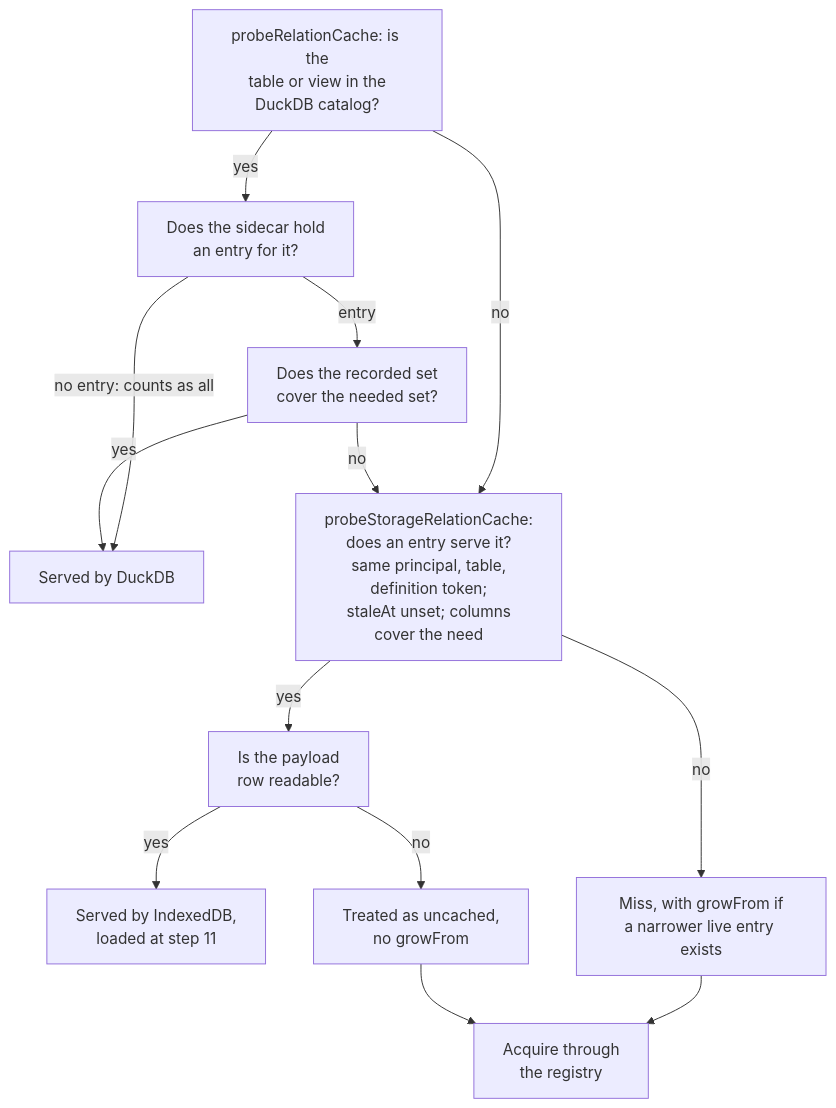
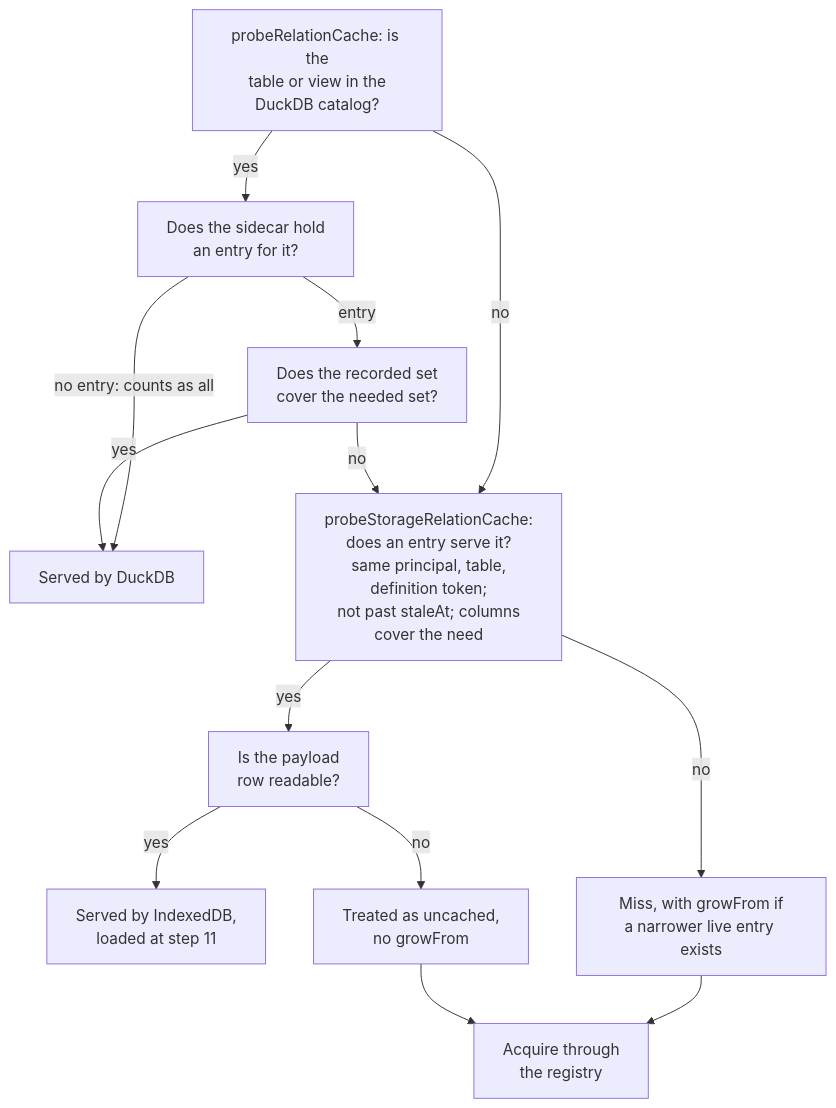
One commit to AvandarLabs/avandar changed the second of 5 diagrams in docs/qetl-architecture.md. Above: the diagram before and after it, drawn with Mermaid. The commit also changed other lines of this file and 41 other files, not shown here.

````diff
--- a/docs/qetl-architecture.md
+++ b/docs/qetl-architecture.md
@@ -188,25 +188,25 @@
 ```mermaid
 flowchart TD
   A["probeRelationCache: is the<br/>table or view in the<br/>DuckDB catalog?"]
   B["Does the sidecar hold<br/>an entry for it?"]
   C["Does the recorded set<br/>cover the needed set?"]
   HIT1["Served by DuckDB"]
-  D["probeStorageRelationCache:<br/>does an entry serve it?<br/>same principal, table,<br/>definition token;<br/>staleAt unset; columns<br/>cover the need"]
+  D["probeStorageRelationCache:<br/>does an entry serve it?<br/>same principal, table,<br/>definition token;<br/>not past staleAt; columns<br/>cover the need"]
   E["Is the payload<br/>row readable?"]
   HIT2["Served by IndexedDB,<br/>loaded at step 11"]
   F["Miss, with growFrom if<br/>a narrower live entry exists"]
   G["Treated as uncached,<br/>no growFrom"]
   H["Acquire through<br/>the registry"]
   A -->|"no"| D
   A -->|"yes"| B
   B -->|"no entry: counts as all"| HIT1
   B -->|"entry"| C
   C -->|"yes"| HIT1
   C -->|"no"| D
   D -->|"yes"| E
   D -->|"no"| F
   E -->|"yes"| HIT2
   E -->|"no"| G
   F --> H
   G --> H
 ```
````
